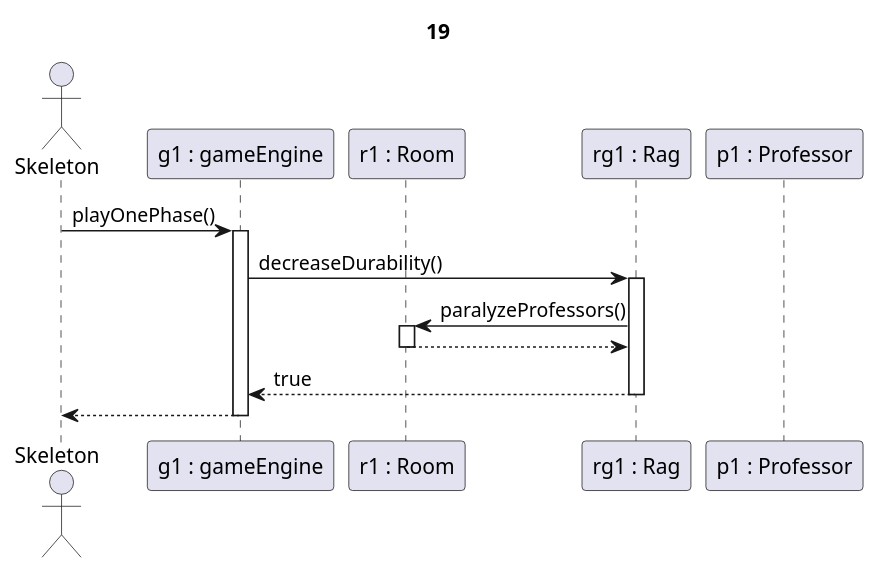
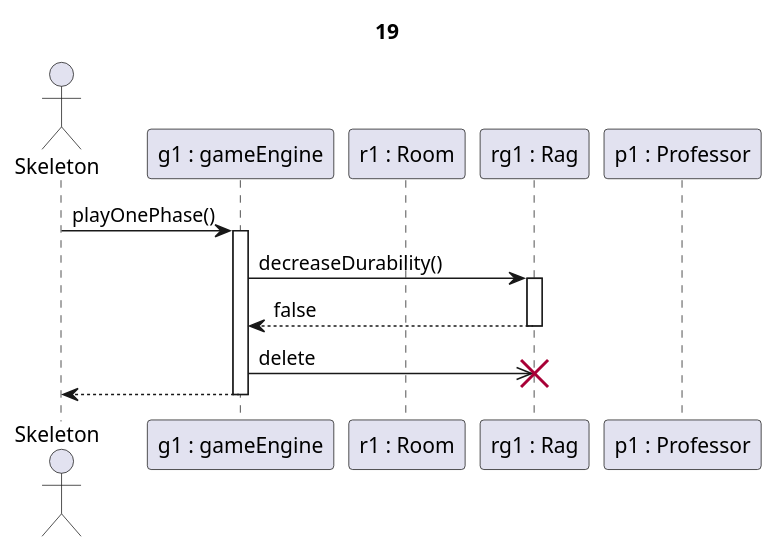
One commit to kipolaris/skyrimscriptsuttogok changed the diagram in partII_sequence diagrams/19.puml. Above: the diagram before and after it, drawn with PlantUML. The commit also changed 110 other files, not shown here.

Commit message:
finalize partII sequence diagrams

```diff
--- a/partII_sequence diagrams/19.puml
+++ b/partII_sequence diagrams/19.puml
@@ -1,20 +1,20 @@
-@startuml Rag decreaseDurability + paralyzeProfessors
+@startuml Rag decreaseDurability + megsemmisülés
 
 title 19
 
 actor Skeleton as sk
 participant "g1 : gameEngine" as g
 participant "r1 : Room" as room
 participant "rg1 : Rag" as r
 participant "p1 : Professor" as p
 
 sk->g ++: playOnePhase()
 g->r ++: decreaseDurability()
 
-r->room ++: paralyzeProfessors()
-return
+r-->g --: false
 
-r-->g --: true
+g->>r !!: delete
+
 g-->sk --:
 
 @enduml
```
